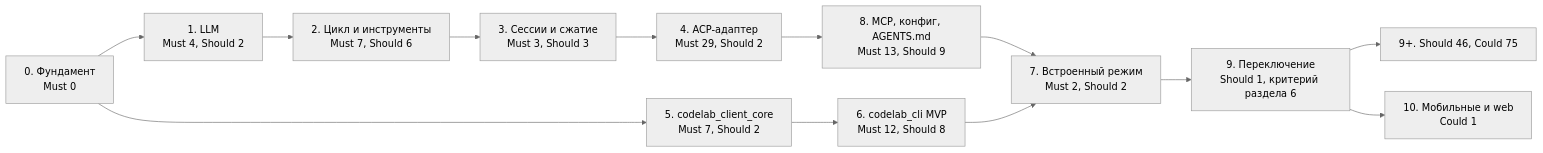
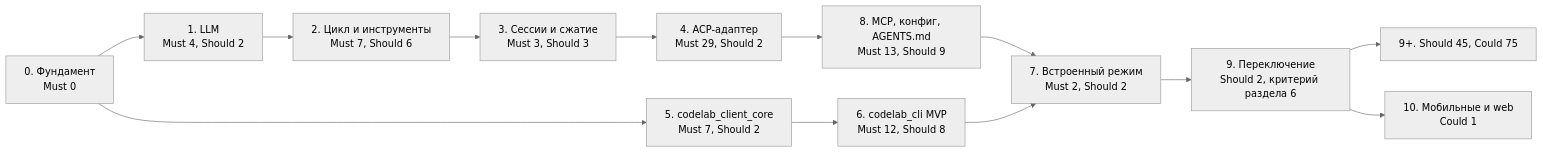
One commit to pese-git/codelab-app changed the second of 2 diagrams in docs/architecture/proposals/agent-parity-goals.md. Above: the diagram before and after it, drawn with Mermaid (neutral theme). The commit also changed other lines of this file and 22 other files, not shown here.

````diff
--- a/docs/architecture/proposals/agent-parity-goals.md
+++ b/docs/architecture/proposals/agent-parity-goals.md
@@ -1117,15 +1120,15 @@
 ```mermaid
 flowchart LR
     S0["0. Фундамент<br/>Must 0"] --> S1["1. LLM<br/>Must 4, Should 2"]
     S1 --> S2["2. Цикл и инструменты<br/>Must 7, Should 6"]
     S2 --> S3["3. Сессии и сжатие<br/>Must 3, Should 3"]
     S3 --> S4["4. ACP-адаптер<br/>Must 29, Should 2"]
     S0 --> S5["5. codelab_client_core<br/>Must 7, Should 2"]
     S5 --> S6["6. codelab_cli MVP<br/>Must 12, Should 8"]
     S8 --> S7["7. Встроенный режим<br/>Must 2, Should 2"]
     S6 --> S7
     S4 --> S8["8. MCP, конфиг, AGENTS.md<br/>Must 13, Should 9"]
-    S7 --> S9["9. Переключение<br/>Should 1, критерий раздела 6"]
-    S9 --> SN["9+. Should 46, Could 75"]
+    S7 --> S9["9. Переключение<br/>Should 2, критерий раздела 6"]
+    S9 --> SN["9+. Should 45, Could 75"]
     S9 --> S10["10. Мобильные и web<br/>Could 1"]
 ```
````
